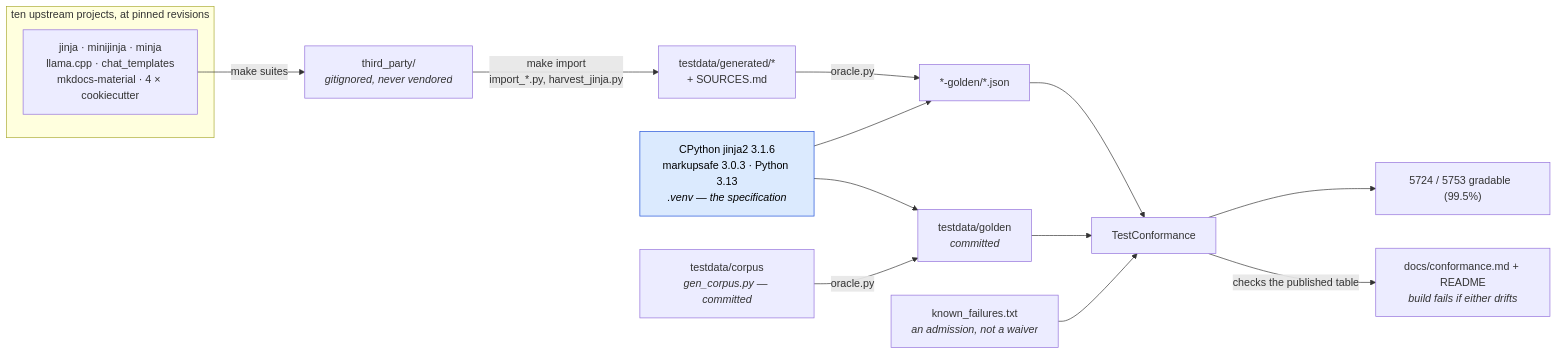
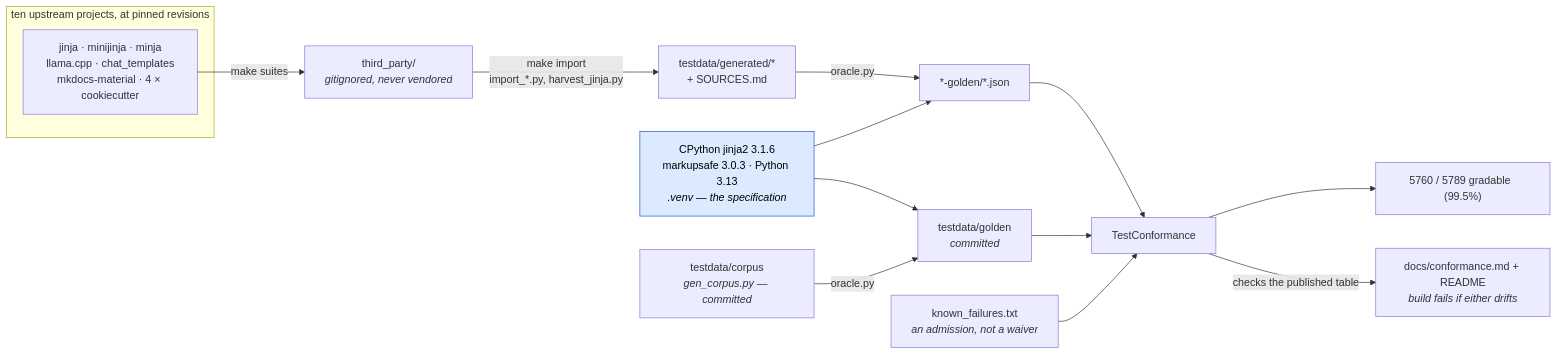
Before and after one commit to mgilbir/gojja2: the first of 2 diagrams in docs/conformance.md, drawn with Mermaid. The commit also changed other lines of this file and 141 other files, not shown here.

````diff
--- a/docs/conformance.md
+++ b/docs/conformance.md
@@ -17,24 +17,24 @@
 ```mermaid
 flowchart LR
     subgraph up["ten upstream projects, at pinned revisions"]
         U1["jinja · minijinja · minja<br/>llama.cpp · chat_templates<br/>mkdocs-material · 4 × cookiecutter"]
     end
     U1 -->|"make suites"| TP["third_party/<br/><i>gitignored, never vendored</i>"]
     TP -->|"make import<br/>import_*.py, harvest_jinja.py"| GEN["testdata/generated/*<br/>+ SOURCES.md"]
 
     ORA["CPython jinja2 3.1.6<br/>markupsafe 3.0.3 · Python 3.13<br/><i>.venv — the specification</i>"]
     GEN -->|"oracle.py"| G2["*-golden/*.json"]
     ORA --> G2
 
     OWN["testdata/corpus<br/><i>gen_corpus.py — committed</i>"] -->|"oracle.py"| G1["testdata/golden<br/><i>committed</i>"]
     ORA --> G1
 
     G1 --> TC["TestConformance"]
     G2 --> TC
     KF["known_failures.txt<br/><i>an admission, not a waiver</i>"] --> TC
-    TC --> RATE["5724 / 5753 gradable  (99.5%)"]
+    TC --> RATE["5760 / 5789 gradable  (99.5%)"]
     TC -->|"checks the published table"| RM["docs/conformance.md + README<br/><i>build fails if either drifts</i>"]
 
     classDef spec fill:#dbeafe,stroke:#1d4ed8,color:#000
     class ORA spec
 ```
````
